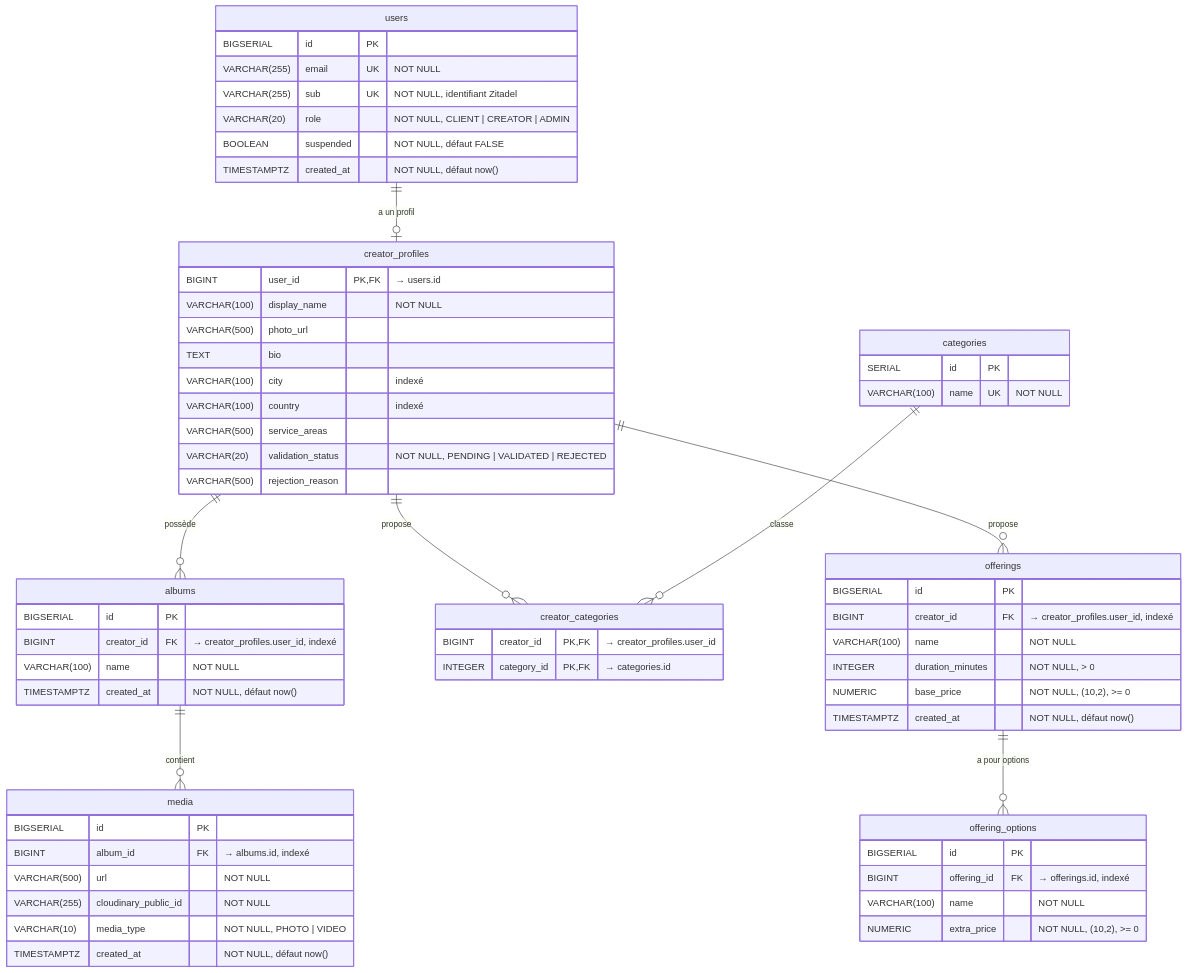
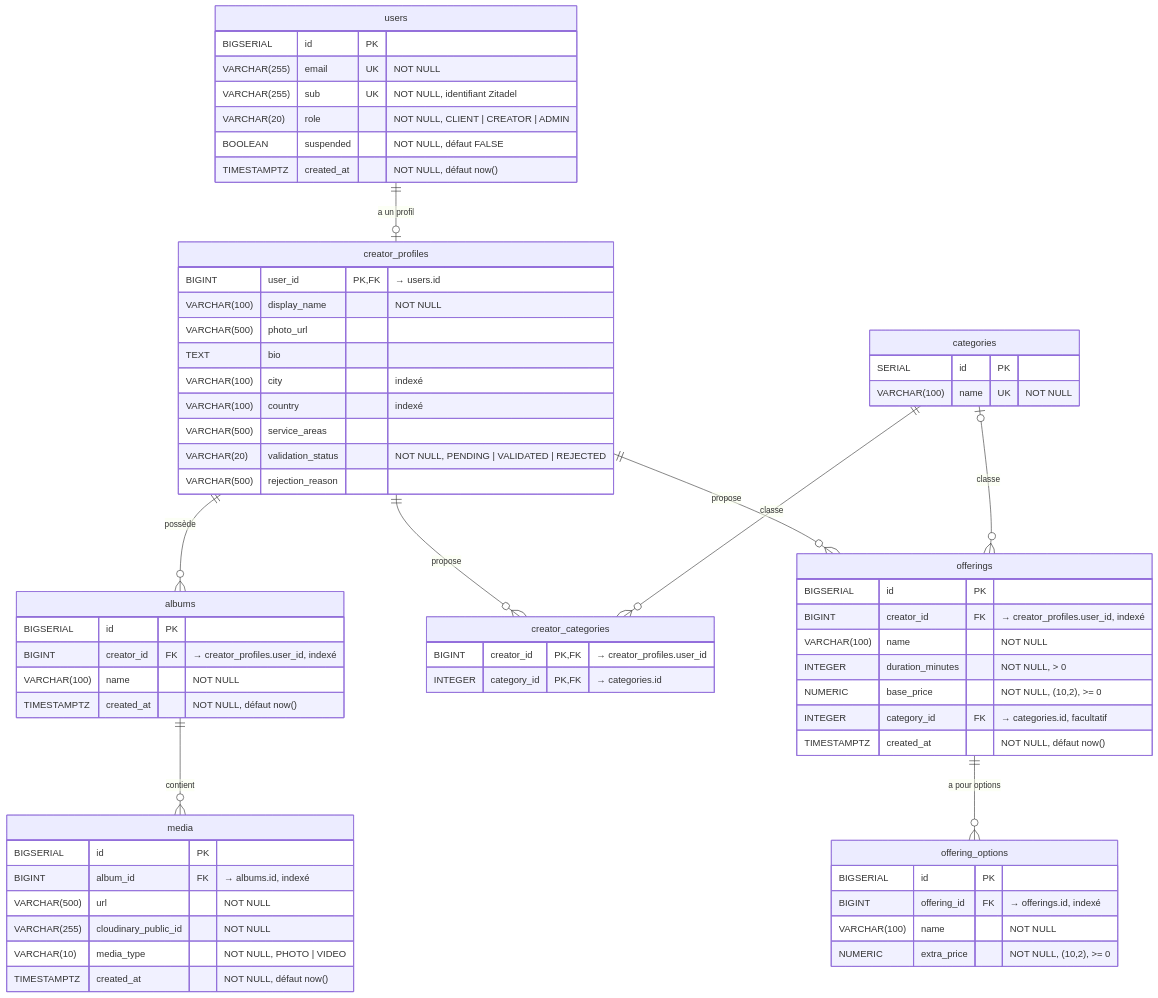
Before and after one commit to spidermiriki/clip-clap: the diagram in docs/architecture/schema-bd.md, drawn with Mermaid. The commit also changed other lines of this file and 12 other files, not shown here.

````diff
--- a/docs/architecture/schema-bd.md
+++ b/docs/architecture/schema-bd.md
@@ -15,73 +15,75 @@
 ```mermaid
 erDiagram
     users ||--o| creator_profiles : "a un profil"
     creator_profiles ||--o{ albums : "possède"
     albums ||--o{ media : "contient"
     creator_profiles ||--o{ creator_categories : "propose"
     categories ||--o{ creator_categories : "classe"
     creator_profiles ||--o{ offerings : "propose"
     offerings ||--o{ offering_options : "a pour options"
+    categories |o--o{ offerings : "classe"
 
     users {
         BIGSERIAL id PK
         VARCHAR(255) email UK "NOT NULL"
         VARCHAR(255) sub UK "NOT NULL, identifiant Zitadel"
         VARCHAR(20) role "NOT NULL, CLIENT | CREATOR | ADMIN"
         BOOLEAN suspended "NOT NULL, défaut FALSE"
         TIMESTAMPTZ created_at "NOT NULL, défaut now()"
     }
 
     categories {
         SERIAL id PK
         VARCHAR(100) name UK "NOT NULL"
     }
 
     creator_profiles {
         BIGINT user_id PK, FK "→ users.id"
         VARCHAR(100) display_name "NOT NULL"
         VARCHAR(500) photo_url
         TEXT bio
         VARCHAR(100) city "indexé"
         VARCHAR(100) country "indexé"
         VARCHAR(500) service_areas
         VARCHAR(20) validation_status "NOT NULL, PENDING | VALIDATED | REJECTED"
         VARCHAR(500) rejection_reason
     }
 
     creator_categories {
         BIGINT creator_id PK, FK "→ creator_profiles.user_id"
         INTEGER category_id PK, FK "→ categories.id"
     }
 
     albums {
         BIGSERIAL id PK
         BIGINT creator_id FK "→ creator_profiles.user_id, indexé"
         VARCHAR(100) name "NOT NULL"
         TIMESTAMPTZ created_at "NOT NULL, défaut now()"
     }
 
     media {
         BIGSERIAL id PK
         BIGINT album_id FK "→ albums.id, indexé"
         VARCHAR(500) url "NOT NULL"
         VARCHAR(255) cloudinary_public_id "NOT NULL"
         VARCHAR(10) media_type "NOT NULL, PHOTO | VIDEO"
         TIMESTAMPTZ created_at "NOT NULL, défaut now()"
     }
 
     offerings {
         BIGSERIAL id PK
         BIGINT creator_id FK "→ creator_profiles.user_id, indexé"
         VARCHAR(100) name "NOT NULL"
         INTEGER duration_minutes "NOT NULL, > 0"
         NUMERIC base_price "NOT NULL, (10,2), >= 0"
+        INTEGER category_id FK "→ categories.id, facultatif"
         TIMESTAMPTZ created_at "NOT NULL, défaut now()"
     }
 
     offering_options {
         BIGSERIAL id PK
         BIGINT offering_id FK "→ offerings.id, indexé"
         VARCHAR(100) name "NOT NULL"
         NUMERIC extra_price "NOT NULL, (10,2), >= 0"
     }
 ```
````
